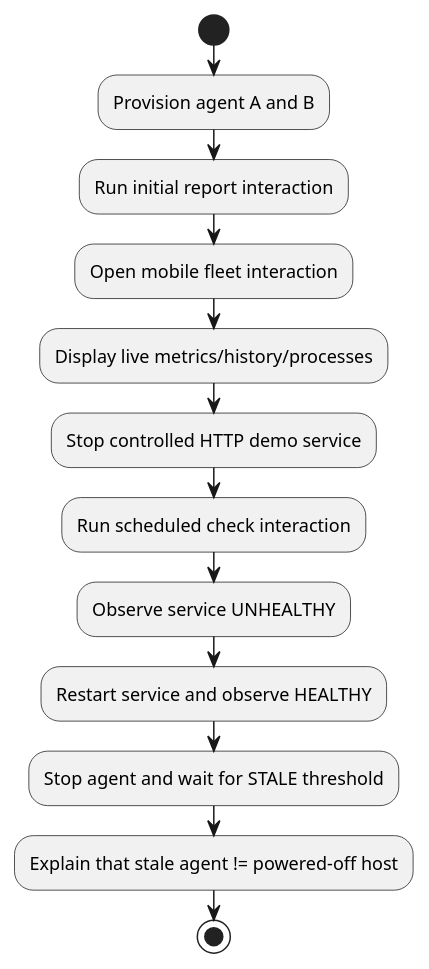
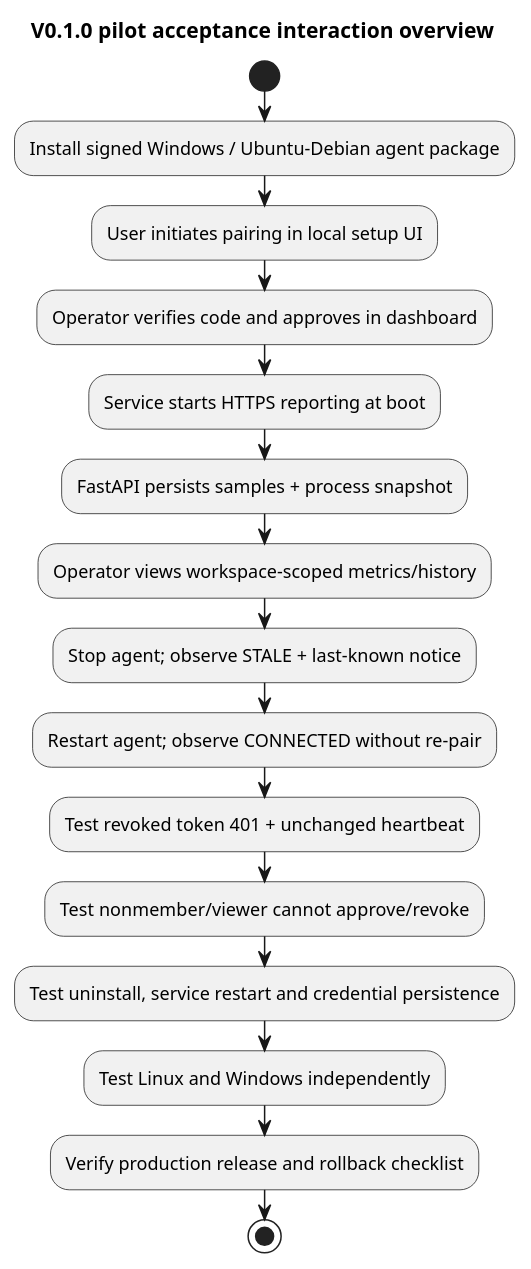
Before and after one commit to Adam-BArbia/fleetluma: the diagram in docs/uml/plantuml/28_interaction_overview.puml, drawn with PlantUML.

Commit message:
docs(FL-31): align 28_interaction_overview.puml with pairing v0.1

```diff
--- a/docs/uml/plantuml/28_interaction_overview.puml
+++ b/docs/uml/plantuml/28_interaction_overview.puml
@@ -1,14 +1,18 @@
 @startuml 28_interaction_overview
+title V0.1.0 pilot acceptance interaction overview
 start
-:Provision agent A and B;
-:Run initial report interaction;
-:Open mobile fleet interaction;
-:Display live metrics/history/processes;
-:Stop controlled HTTP demo service;
-:Run scheduled check interaction;
-:Observe service UNHEALTHY;
-:Restart service and observe HEALTHY;
-:Stop agent and wait for STALE threshold;
-:Explain that stale agent != powered-off host;
+:Install signed Windows / Ubuntu-Debian agent package;
+:User initiates pairing in local setup UI;
+:Operator verifies code and approves in dashboard;
+:Service starts HTTPS reporting at boot;
+:FastAPI persists samples + process snapshot;
+:Operator views workspace-scoped metrics/history;
+:Stop agent; observe STALE + last-known notice;
+:Restart agent; observe CONNECTED without re-pair;
+:Test revoked token 401 + unchanged heartbeat;
+:Test nonmember/viewer cannot approve/revoke;
+:Test uninstall, service restart and credential persistence;
+:Test Linux and Windows independently;
+:Verify production release and rollback checklist;
 stop
 @enduml
```
